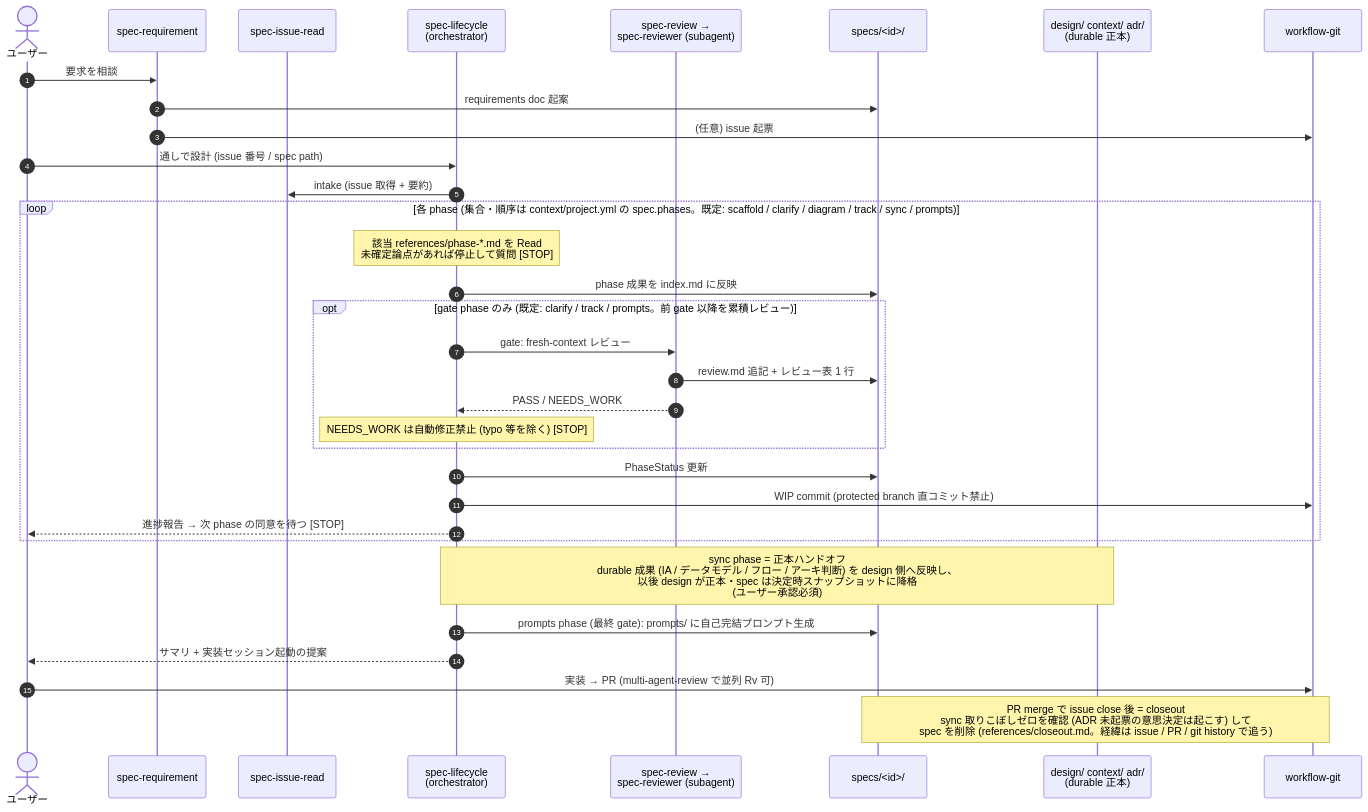
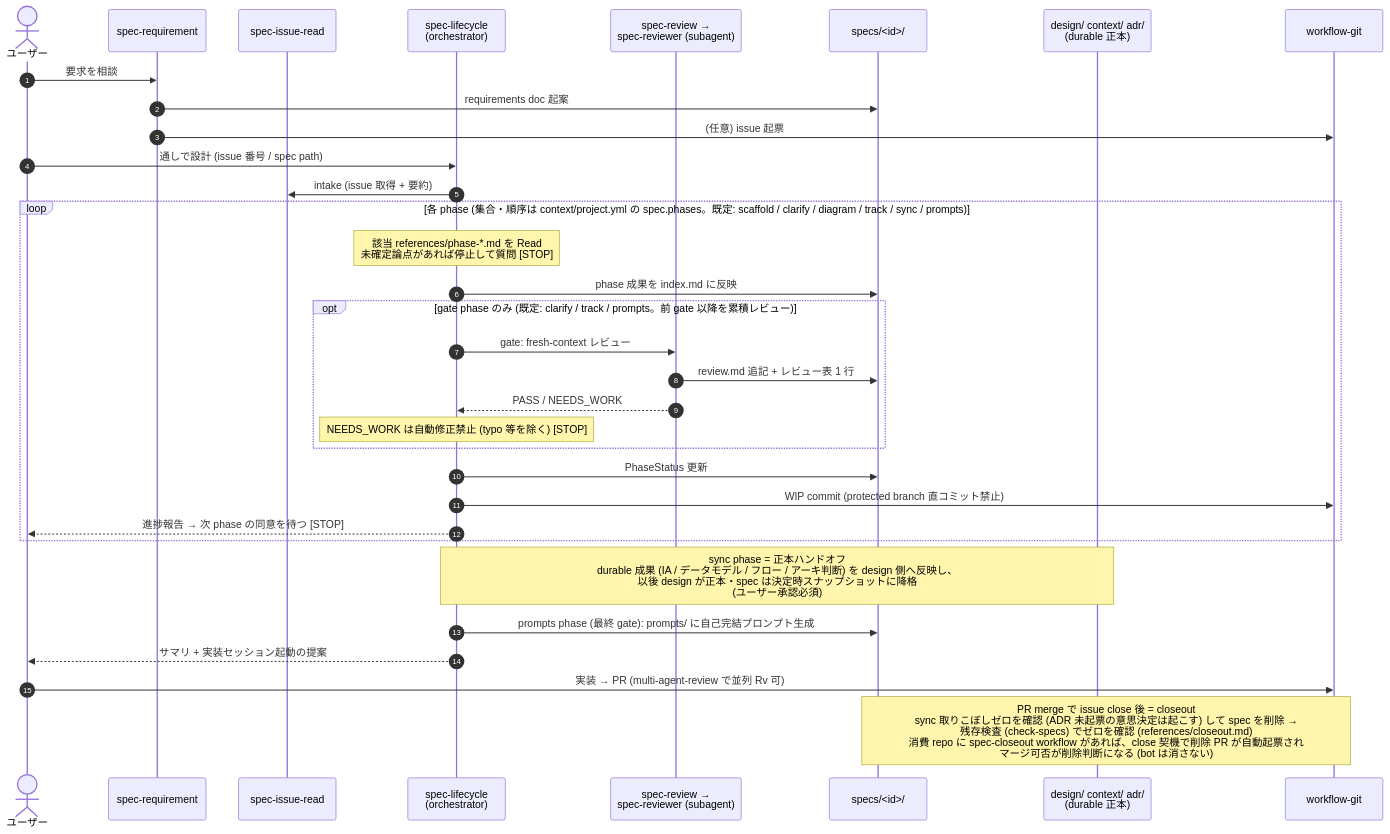
One commit to Fukuemon/agent-playbooks changed the diagram in architecture.md. Above: the diagram before and after it, drawn with Mermaid. The commit also changed other lines of this file and 10 other files, not shown here.

First line of the commit message:
feat(spec): closeout に残存検査を追加し、削除 PR 自動起票 workflow を配布する

````diff
--- a/architecture.md
+++ b/architecture.md
@@ -11,40 +11,40 @@
 ```mermaid
 sequenceDiagram
     autonumber
     actor U as ユーザー
     participant REQ as spec-requirement
     participant IR as spec-issue-read
     participant LC as spec-lifecycle<br/>(orchestrator)
     participant RV as spec-review →<br/>spec-reviewer (subagent)
     participant SPEC as specs/<id>/
     participant DSGN as design/ context/ adr/<br/>(durable 正本)
     participant GIT as workflow-git
 
     U->>REQ: 要求を相談
     REQ->>SPEC: requirements doc 起案
     REQ->>GIT: (任意) issue 起票
     U->>LC: 通しで設計 (issue 番号 / spec path)
     LC->>IR: intake (issue 取得 + 要約)
 
     loop 各 phase (集合・順序は context/project.yml の spec.phases。既定: scaffold / clarify / diagram / track / sync / prompts)
         Note over LC: 該当 references/phase-*.md を Read<br/>未確定論点があれば停止して質問 [STOP]
         LC->>SPEC: phase 成果を index.md に反映
         opt gate phase のみ (既定: clarify / track / prompts。前 gate 以降を累積レビュー)
             LC->>RV: gate: fresh-context レビュー
             RV->>SPEC: review.md 追記 + レビュー表 1 行
             RV-->>LC: PASS / NEEDS_WORK
             Note over LC: NEEDS_WORK は自動修正禁止 (typo 等を除く) [STOP]
         end
         LC->>SPEC: PhaseStatus 更新
         LC->>GIT: WIP commit (protected branch 直コミット禁止)
         LC-->>U: 進捗報告 → 次 phase の同意を待つ [STOP]
     end
 
     Note over LC,DSGN: sync phase = 正本ハンドオフ<br/>durable 成果 (IA / データモデル / フロー / アーキ判断) を design 側へ反映し、<br/>以後 design が正本・spec は決定時スナップショットに降格<br/>(ユーザー承認必須)
 
     LC->>SPEC: prompts phase (最終 gate): prompts/ に自己完結プロンプト生成
     LC-->>U: サマリ + 実装セッション起動の提案
     U->>GIT: 実装 → PR (multi-agent-review で並列 Rv 可)
 
-    Note over SPEC,GIT: PR merge で issue close 後 = closeout<br/>sync 取りこぼしゼロを確認 (ADR 未起票の意思決定は起こす) して<br/>spec を削除 (references/closeout.md。経緯は issue / PR / git history で追う)
+    Note over SPEC,GIT: PR merge で issue close 後 = closeout<br/>sync 取りこぼしゼロを確認 (ADR 未起票の意思決定は起こす) して spec を削除 →<br/>残存検査 (check-specs) でゼロを確認 (references/closeout.md)<br/>消費 repo に spec-closeout workflow があれば、close 契機で削除 PR が自動起票され<br/>マージ可否が削除判断になる (bot は消さない)
 ```
````
